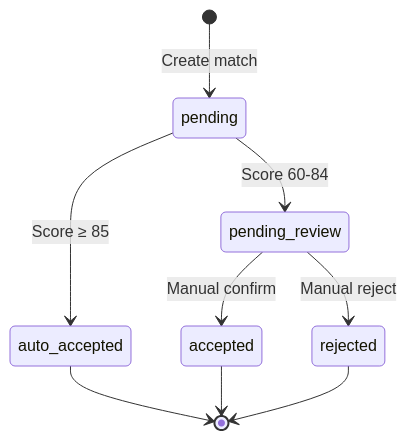
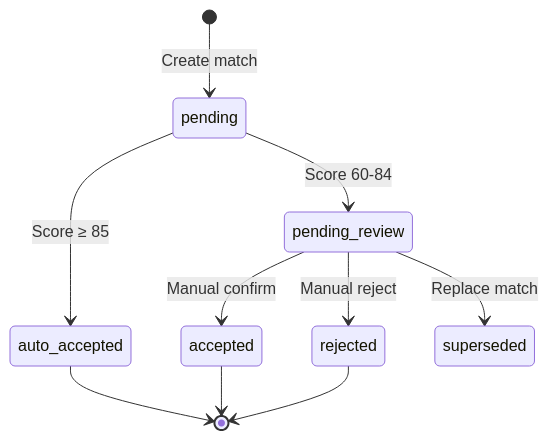
Before and after one commit to wangzitian0/finance_report: the second of 2 diagrams in docs/ssot/reconciliation.md, drawn with Mermaid. The commit also changed other lines of this file and 45 other files, not shown here.

````diff
--- a/docs/ssot/reconciliation.md
+++ b/docs/ssot/reconciliation.md
@@ -39,11 +41,12 @@
 ```mermaid
 stateDiagram-v2
     [*] --> pending: Create match
     pending --> auto_accepted: Score ≥ 85
     pending --> pending_review: Score 60-84
     pending_review --> accepted: Manual confirm
     pending_review --> rejected: Manual reject
+    pending_review --> superseded: Replace match
     auto_accepted --> [*]
     accepted --> [*]
     rejected --> [*]
 ```
````
